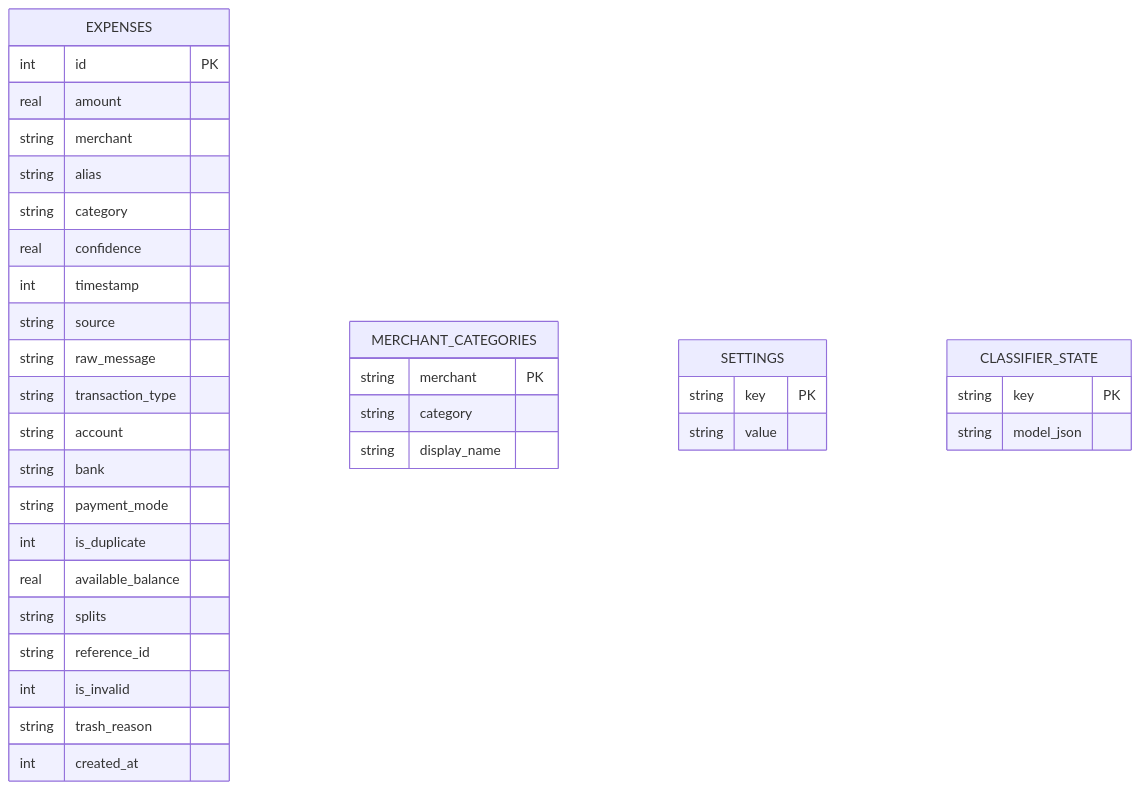
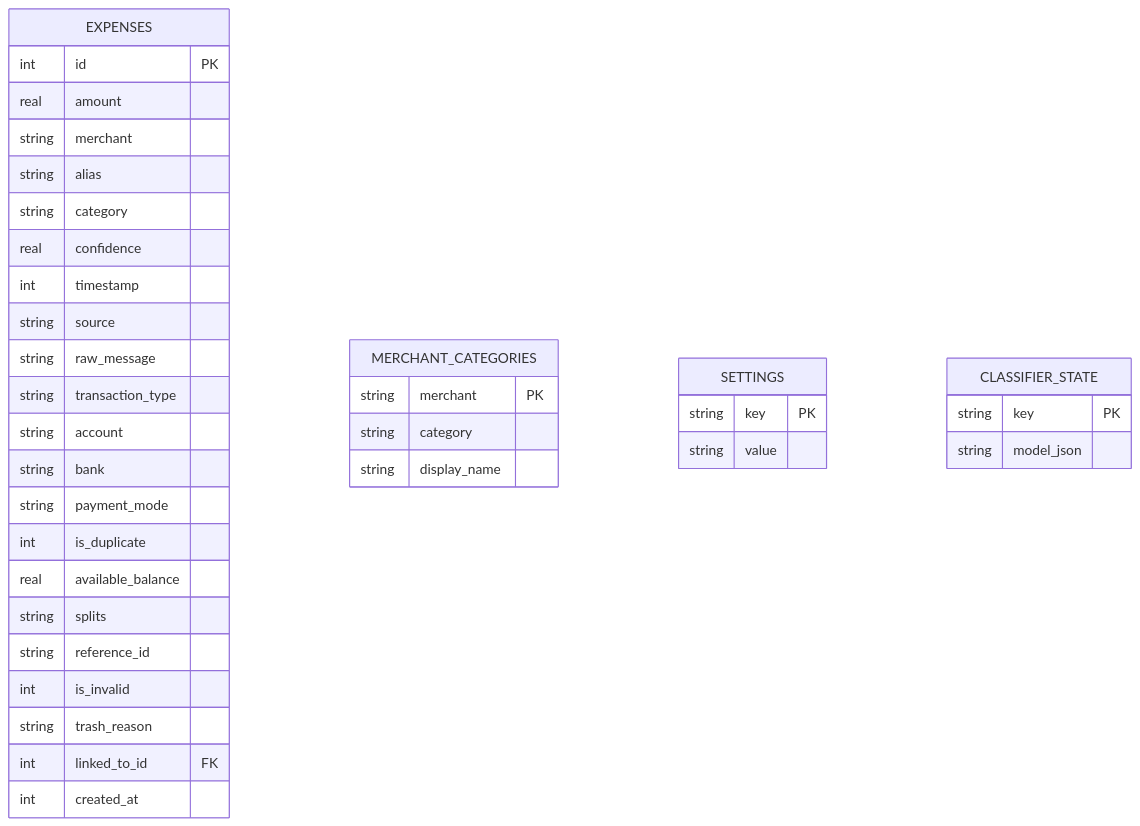
Before and after one commit to GangSagar/expenses-tracker-app: the fourth of 4 diagrams in docs/ARCHITECTURE.md, drawn with Mermaid. The commit also changed other lines of this file and 62 other files, not shown here.

````diff
--- a/docs/ARCHITECTURE.md
+++ b/docs/ARCHITECTURE.md
@@ -349,41 +362,42 @@
 ```mermaid
 erDiagram
     EXPENSES {
         int id PK
         real amount
         string merchant
         string alias
         string category
         real confidence
         int timestamp
         string source
         string raw_message
         string transaction_type
         string account
         string bank
         string payment_mode
         int is_duplicate
         real available_balance
         string splits
         string reference_id
         int is_invalid
         string trash_reason
+        int linked_to_id FK
         int created_at
     }
 
     MERCHANT_CATEGORIES {
         string merchant PK
         string category
         string display_name
     }
 
     SETTINGS {
         string key PK
         string value
     }
 
     CLASSIFIER_STATE {
         string key PK
         string model_json
     }
 ```
````
